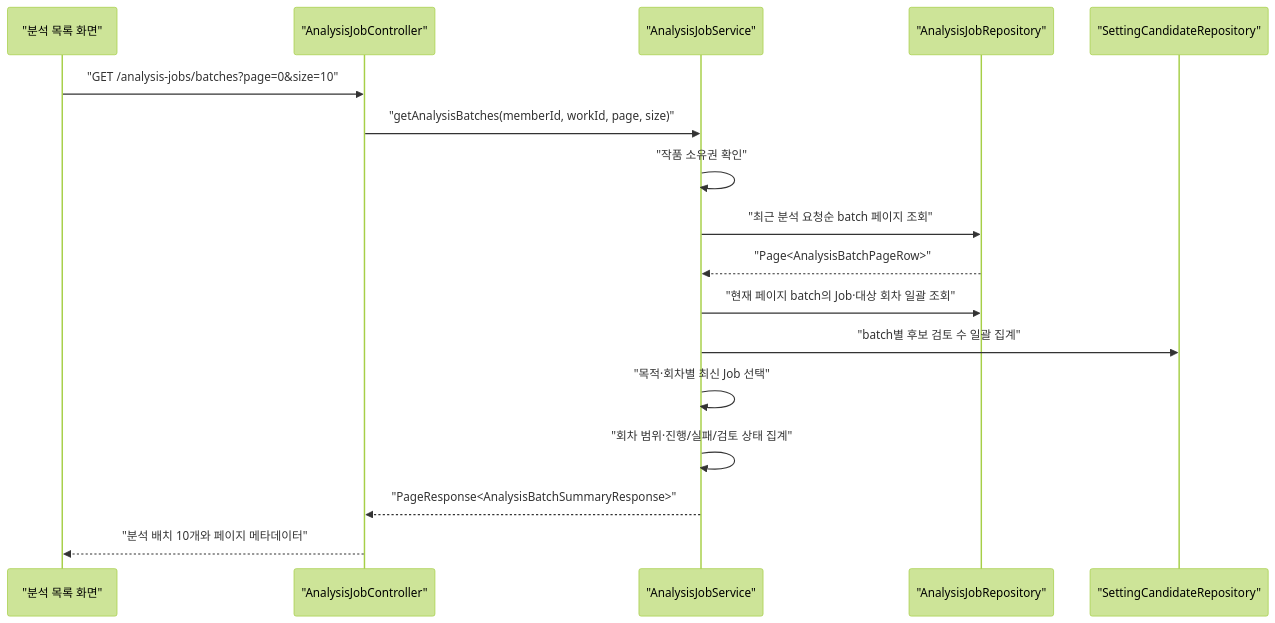
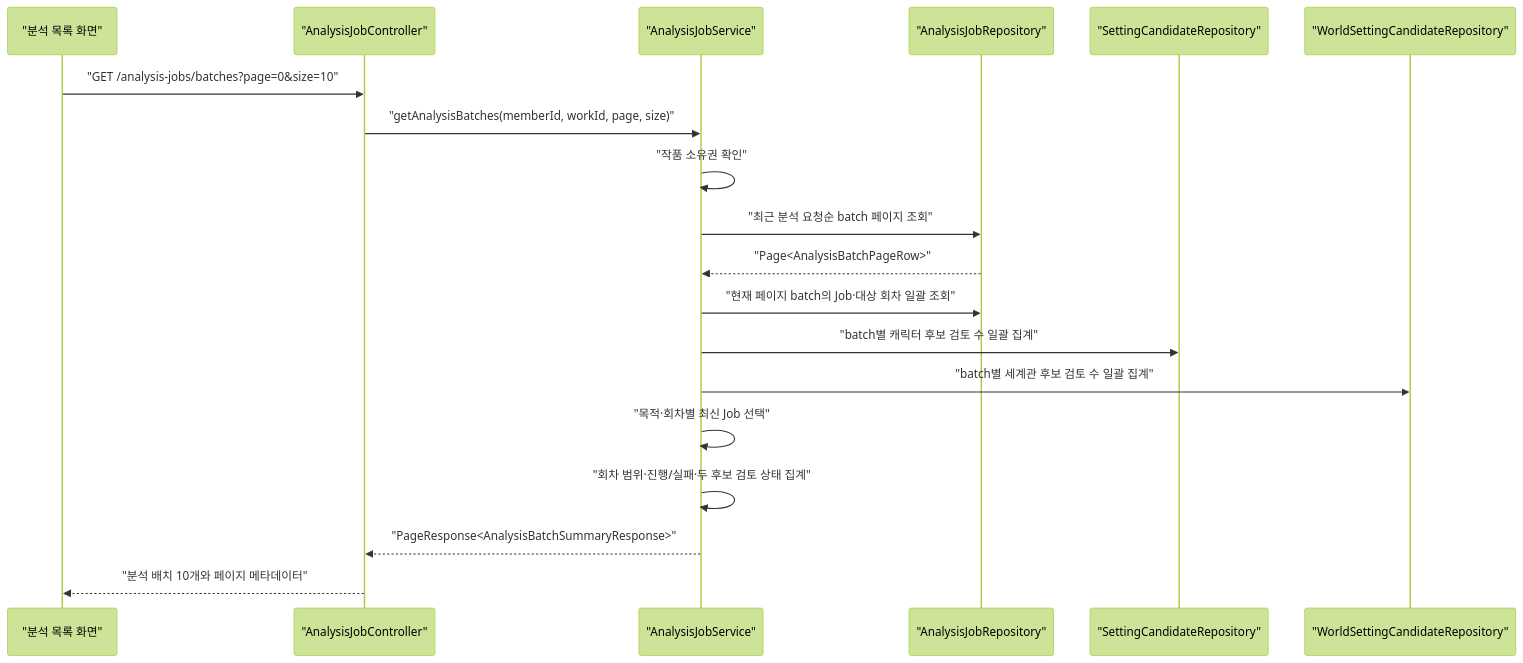
Before and after one commit to catchhole-soma/catchhole-backend-java: diagram 11 of 11 in docs/analysis-workflow.md, drawn with Mermaid (forest theme). The commit also changed other lines of this file and 4 other files, not shown here.

First line of the commit message:
docs(world-setting): Worker 비교 운영 흐름 동기화

````diff
--- a/docs/analysis-workflow.md
+++ b/docs/analysis-workflow.md
@@ -533,20 +545,22 @@
 ```mermaid
 sequenceDiagram
     participant Client as "분석 목록 화면"
     participant Controller as "AnalysisJobController"
     participant Service as "AnalysisJobService"
     participant JobRepo as "AnalysisJobRepository"
     participant CandidateRepo as "SettingCandidateRepository"
+    participant WorldCandidateRepo as "WorldSettingCandidateRepository"
 
     Client->>Controller: "GET /analysis-jobs/batches?page=0&size=10"
     Controller->>Service: "getAnalysisBatches(memberId, workId, page, size)"
     Service->>Service: "작품 소유권 확인"
     Service->>JobRepo: "최근 분석 요청순 batch 페이지 조회"
     JobRepo-->>Service: "Page<AnalysisBatchPageRow>"
     Service->>JobRepo: "현재 페이지 batch의 Job·대상 회차 일괄 조회"
-    Service->>CandidateRepo: "batch별 후보 검토 수 일괄 집계"
+    Service->>CandidateRepo: "batch별 캐릭터 후보 검토 수 일괄 집계"
+    Service->>WorldCandidateRepo: "batch별 세계관 후보 검토 수 일괄 집계"
     Service->>Service: "목적·회차별 최신 Job 선택"
-    Service->>Service: "회차 범위·진행/실패/검토 상태 집계"
+    Service->>Service: "회차 범위·진행/실패·두 후보 검토 상태 집계"
     Service-->>Controller: "PageResponse<AnalysisBatchSummaryResponse>"
     Controller-->>Client: "분석 배치 10개와 페이지 메타데이터"
 ```
````
